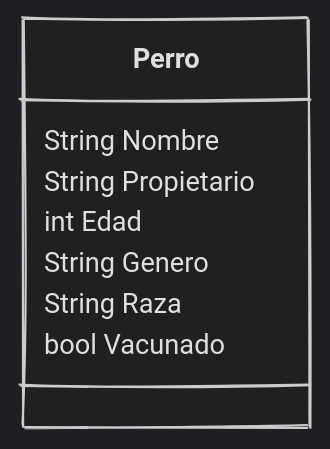
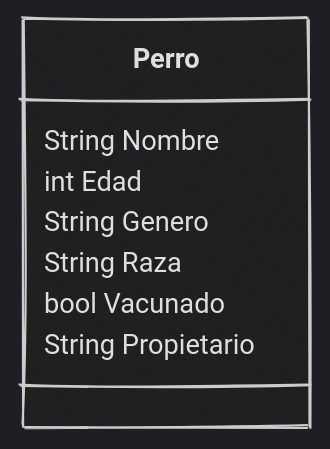
The ninth of 13 diagrams in content/sesion02/Readme.md (python-la-paz/python-study-group-oop), drawn with Mermaid before and after one commit. The commit also changed other lines of this file, not shown here.

````diff
--- a/content/sesion02/Readme.md
+++ b/content/sesion02/Readme.md
@@ -694,12 +696,12 @@
 ```mermaid
 %%{init: {"theme": "dark", "look": "handDrawn" }}%%
 classDiagram
     class Perro {
         String Nombre
-        String Propietario
         int Edad
         String Genero
         String Raza
         bool Vacunado
+        String Propietario
     }
 ```
````
